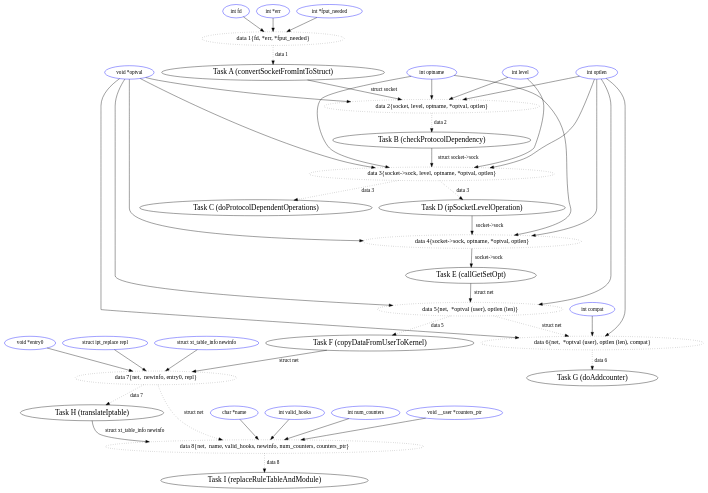
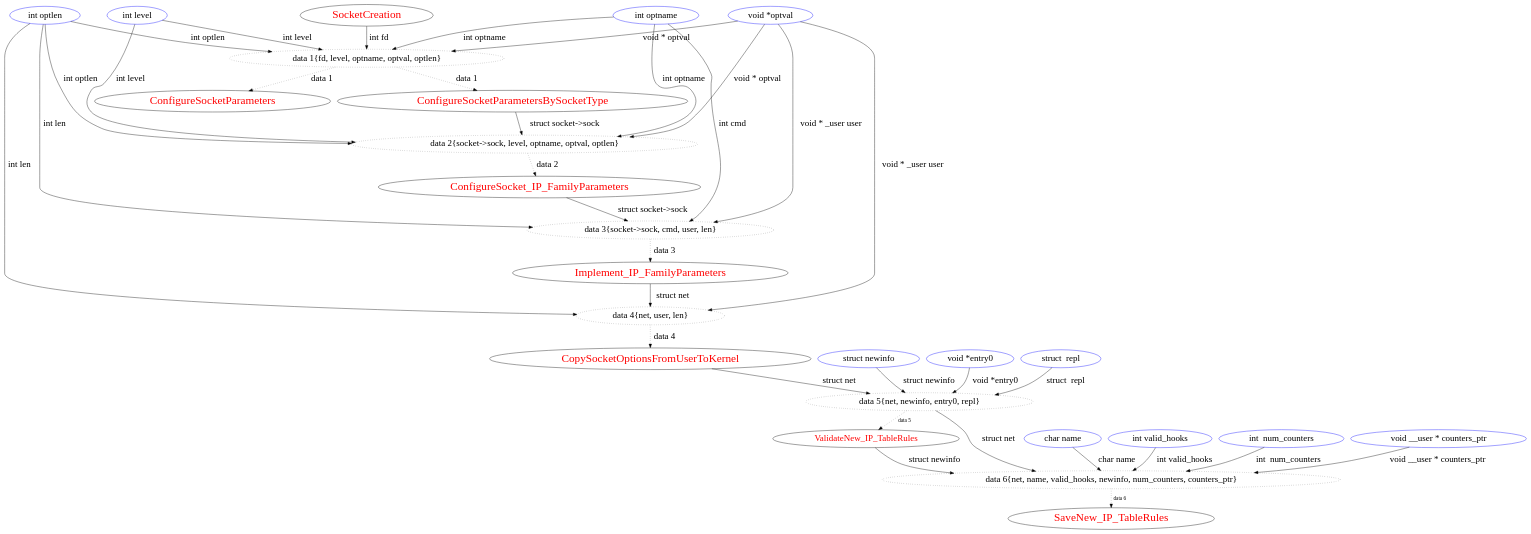
The diagram in Example2/example2.dot (Samuel-Oglegba/Research-Examples), drawn with Graphviz before and after one commit.

Commit message:
update on exapme2

```diff
--- a/Example2/example2.dot
+++ b/Example2/example2.dot
@@ -1,99 +1,88 @@
 digraph callgraph {
-"int fd" [color=blue, fontsize=14, width=0.5];
-"int *err" [color=blue, fontsize=14, width=0.5];
-"int *fput_needed" [color=blue, fontsize=14, width=0.5];
-"data 1{fd, *err, *fput_needed}"[style=dotted, fontsize=16, width=0.5];
-
-"int fd" -> "data 1{fd, *err, *fput_needed}";
-"int *err" -> "data 1{fd, *err, *fput_needed}";
-"int *fput_needed" -> "data 1{fd, *err, *fput_needed}";
-
-"data 1{fd, *err, *fput_needed}"->"Task A (convertSocketFromIntToStruct)"  [label="data 1", style=dotted];
+    
+"SocketCreation" [fontcolor=red,fontsize=30, width=0.5];
+"ConfigureSocketParameters" [fontcolor=red, fontsize=30, width=0.5];
+"ConfigureSocketParametersBySocketType" [fontcolor=red,fontsize=30, width=0.5];
+"ConfigureSocket_IP_FamilyParameters" [fontcolor=red, fontsize=30, width=0.5];
+"Implement_IP_FamilyParameters" [fontcolor=red, fontsize=30, width=0.5];
+"CopySocketOptionsFromUserToKernel" [fontcolor=red, fontsize=30, width=0.5];
+"ValidateNew_IP_TableRules" [fontcolor=red, fontsize=24, width=0.5];
+"SaveNew_IP_TableRules" [fontcolor=red, fontsize=30, width=0.5];
 
 
-"int level" [color=blue, fontsize=14, width=0.5];
-"int optname" [color=blue, fontsize=14, width=0.5];
-"void *optval" [color=blue, fontsize=14, width=0.5];
-"int optlen" [color=blue, fontsize=14, width=0.5];
-"data 2{socket, level, optname, *optval, optlen}" [style=dotted, fontsize=16, width=0.5];
-
-"Task A (convertSocketFromIntToStruct)" [fontsize=20, width=0.5];
-"Task A (convertSocketFromIntToStruct)" -> "data 2{socket, level, optname, *optval, optlen}"  [label="struct socket"];
-"int level" -> "data 2{socket, level, optname, *optval, optlen}";
-"int optname" -> "data 2{socket, level, optname, *optval, optlen}";
-"void *optval" -> "data 2{socket, level, optname, *optval, optlen}";
-"int optlen" -> "data 2{socket, level, optname, *optval, optlen}";
-
-"Task B (checkProtocolDependency)"  [fontsize=20, width=0.5];
-"data 2{socket, level, optname, *optval, optlen}" -> "Task B (checkProtocolDependency)"  [label="data 2", style=dotted];
+"int level" [color=blue, fontsize=24, width=0.5];
+"int optname" [color=blue, fontsize=24, width=0.5];
+"void *optval" [color=blue, fontsize=24, width=0.5];
+"int optlen" [color=blue, fontsize=24, width=0.5];
+"data 1{fd, level, optname, optval, optlen}"[style=dotted, fontsize=24, width=0.5];
 
 
-"Task C (doProtocolDependentOperations)" [fontsize=20, width=0.5];
-"data 3{socket->sock, level, optname, *optval, optlen}" [style=dotted, fontsize=16, width=0.5];
-"Task B (checkProtocolDependency)" -> "data 3{socket->sock, level, optname, *optval, optlen}"  [label="struct socket->sock"];
-"int level" -> "data 3{socket->sock, level, optname, *optval, optlen}";
-"int optname" -> "data 3{socket->sock, level, optname, *optval, optlen}";
-"void *optval" -> "data 3{socket->sock, level, optname, *optval, optlen}";
-"int optlen" -> "data 3{socket->sock, level, optname, *optval, optlen}";
-"data 3{socket->sock, level, optname, *optval, optlen}" -> "Task C (doProtocolDependentOperations)" [label="data 3", style=dotted];
+"SocketCreation" -> "data 1{fd, level, optname, optval, optlen}"  [label="int fd", fontsize=24];
+"int level" -> "data 1{fd, level, optname, optval, optlen}" [label="int level", fontsize=24];
+"int optname" -> "data 1{fd, level, optname, optval, optlen}" [label="int optname", fontsize=24];
+"void *optval" -> "data 1{fd, level, optname, optval, optlen}" [label="void * optval", fontsize=24];
+"int optlen" -> "data 1{fd, level, optname, optval, optlen}" [label="int optlen", fontsize=24];
 
-"Task D (ipSocketLevelOperation)" [fontsize=20, width=0.5];
-"data 3{socket->sock, level, optname, *optval, optlen}" -> "Task D (ipSocketLevelOperation)" [label="data 3", style=dotted];
+"data 1{fd, level, optname, optval, optlen}"->"ConfigureSocketParameters"  [label="data 1", style=dotted, fontsize=24];
+"data 1{fd, level, optname, optval, optlen}"->"ConfigureSocketParametersBySocketType"  [label="data 1", style=dotted, fontsize=24];
 
 
-"Task E (callGetSetOpt)" [fontsize=20, width=0.5];
-"data 4{socket->sock, optname, *optval, optlen}" [style=dotted, fontsize=16, width=0.5];
-"Task D (ipSocketLevelOperation)" -> "data 4{socket->sock, optname, *optval, optlen}" [label="socket->sock"];
-"int optname" -> "data 4{socket->sock, optname, *optval, optlen}";
-"void *optval" -> "data 4{socket->sock, optname, *optval, optlen}";
-"int optlen" -> "data 4{socket->sock, optname, *optval, optlen}";
-"data 4{socket->sock, optname, *optval, optlen}" -> "Task E (callGetSetOpt)" [label="socket->sock"];
+"data 2{socket->sock, level, optname, optval, optlen}"[style=dotted, fontsize=24, width=0.5];
+"ConfigureSocketParametersBySocketType" -> "data 2{socket->sock, level, optname, optval, optlen}" [label="struct socket->sock", fontsize=24];
+"int level" -> "data 2{socket->sock, level, optname, optval, optlen}" [label="int level", fontsize=24];
+"int optname" -> "data 2{socket->sock, level, optname, optval, optlen}" [label="int optname", fontsize=24];
+"void *optval" -> "data 2{socket->sock, level, optname, optval, optlen}" [label="void * optval", fontsize=24];
+"int optlen" -> "data 2{socket->sock, level, optname, optval, optlen}" [label="int optlen", fontsize=24];
 
 
-"Task F (copyDataFromUserToKernel)" [fontsize=20, width=0.5];
-"data 5{net,  *optval (user), optlen (len)}" [style=dotted, fontsize=16, width=0.5];
-"Task E (callGetSetOpt)" -> "data 5{net,  *optval (user), optlen (len)}"  [label="struct net"];
-"void *optval" -> "data 5{net,  *optval (user), optlen (len)}"
-"int optlen" -> "data 5{net,  *optval (user), optlen (len)}"
-"data 5{net,  *optval (user), optlen (len)}"-> "Task F (copyDataFromUserToKernel)" [label="data 5", style=dotted];
+"data 2{socket->sock, level, optname, optval, optlen}"->"ConfigureSocket_IP_FamilyParameters"  [label="data 2", style=dotted, fontsize=24];
 
 
-"data 6{net,  *optval (user), optlen (len), compat}" [style=dotted, fontsize=16, width=0.5];
-"int compat"[color=blue, fontsize=14, width=0.5];
-"int compat" -> "data 6{net,  *optval (user), optlen (len), compat}";
-"void *optval" -> "data 6{net,  *optval (user), optlen (len), compat}";
-"int optlen" -> "data 6{net,  *optval (user), optlen (len), compat}";
-"data 5{net,  *optval (user), optlen (len)}" -> "data 6{net,  *optval (user), optlen (len), compat}" [label="struct net", style=dotted];
+"data 3{socket->sock, cmd, user, len}"[style=dotted, fontsize=24, width=0.5];
+"ConfigureSocket_IP_FamilyParameters" -> "data 3{socket->sock, cmd, user, len}" [label="struct socket->sock", fontsize=24];
+"int optname" -> "data 3{socket->sock, cmd, user, len}" [label="int cmd", fontsize=24];
+"void *optval" -> "data 3{socket->sock, cmd, user, len}" [label="void * _user user", fontsize=24];
+"int optlen" -> "data 3{socket->sock, cmd, user, len}" [label="int len", fontsize=24];
 
-"Task G (doAddcounter)" [fontsize=20, width=0.5];
-"data 6{net,  *optval (user), optlen (len), compat}" -> "Task G (doAddcounter)" [label="data 6",style=dotted];
 
-"data 7{net,  newinfo, entry0, repl}"[style=dotted, fontsize=16, width=0.5];
-"struct xt_table_info newinfo" [color=blue, fontsize=14, width=0.5];
-"void *entry0" [color=blue, fontsize=14, width=0.5];
-"struct ipt_replace repl" [color=blue, fontsize=14, width=0.5];
-"Task F (copyDataFromUserToKernel)" -> "data 7{net,  newinfo, entry0, repl}" [label="struct net"];
-"struct xt_table_info newinfo" -> "data 7{net,  newinfo, entry0, repl}" 
-"void *entry0" -> "data 7{net,  newinfo, entry0, repl}" 
-"struct ipt_replace repl" -> "data 7{net,  newinfo, entry0, repl}" 
+"data 3{socket->sock, cmd, user, len}" -> "Implement_IP_FamilyParameters" [label="data 3", style=dotted, fontsize=24];
 
-"Task H (translateIptable)" [fontsize=20, width=0.5];
-"data 7{net,  newinfo, entry0, repl}" -> "Task H (translateIptable)" [label="data 7", style=dotted];
+"data 4{net, user, len}"[style=dotted, fontsize=24, width=0.5];
+"Implement_IP_FamilyParameters" -> "data 4{net, user, len}" [label="struct net", fontsize=24];
+"void *optval" -> "data 4{net, user, len}" [label="void * _user user", fontsize=24];
+"int optlen" -> "data 4{net, user, len}" [label="int len", fontsize=24];
 
-"data 8{net,  name, valid_hooks, newinfo, num_counters, counters_ptr}" [style=dotted, fontsize=16, width=0.5];
-"char *name" [color=blue, fontsize=14, width=0.5];
-"int valid_hooks" [color=blue, fontsize=14, width=0.5];
-"int num_counters" [color=blue, fontsize=14, width=0.5];
-"void __user *counters_ptr" [color=blue, fontsize=14, width=0.5];
+"data 4{net, user, len}" -> "CopySocketOptionsFromUserToKernel" [label="data 4", style=dotted, fontsize=24];
 
-"data 8{net,  name, valid_hooks, newinfo, num_counters, counters_ptr}" [style=dotted, fontsize=16, width=0.5];
-"Task H (translateIptable)" -> "data 8{net,  name, valid_hooks, newinfo, num_counters, counters_ptr}"  [label="struct xt_table_info newinfo"];
-"char *name" -> "data 8{net,  name, valid_hooks, newinfo, num_counters, counters_ptr}" ;
-"int valid_hooks"-> "data 8{net,  name, valid_hooks, newinfo, num_counters, counters_ptr}" ;
-"int num_counters" -> "data 8{net,  name, valid_hooks, newinfo, num_counters, counters_ptr}";
-"void __user *counters_ptr" -> "data 8{net,  name, valid_hooks, newinfo, num_counters, counters_ptr}";
-"data 7{net,  newinfo, entry0, repl}"  -> "data 8{net,  name, valid_hooks, newinfo, num_counters, counters_ptr}" [label="struct net", style=dotted];
 
-"Task I (replaceRuleTableAndModule)" [fontsize=20, width=0.5];
-"data 8{net,  name, valid_hooks, newinfo, num_counters, counters_ptr}" -> "Task I (replaceRuleTableAndModule)" [label="data 8",style=dotted];
+"struct newinfo" [color=blue, fontsize=24, width=0.5];
+"void *entry0" [color=blue, fontsize=24, width=0.5];
+"struct  repl" [color=blue, fontsize=24, width=0.5];
+"data 5{net, newinfo, entry0, repl}"[style=dotted, fontsize=24, width=0.5];
+
+"CopySocketOptionsFromUserToKernel"->"data 5{net, newinfo, entry0, repl}" [label="struct net", fontsize=24];
+"struct newinfo"->"data 5{net, newinfo, entry0, repl}" [label="struct newinfo", fontsize=24];
+"void *entry0"->"data 5{net, newinfo, entry0, repl}" [label="void *entry0", fontsize=24];
+"struct  repl"->"data 5{net, newinfo, entry0, repl}" [label="struct  repl", fontsize=24];
+
+"data 5{net, newinfo, entry0, repl}" -> "ValidateNew_IP_TableRules" [label="data 5", style=dotted];
+
+"char name" [color=blue, fontsize=24, width=0.5];
+"int valid_hooks" [color=blue, fontsize=24, width=0.5];
+"int  num_counters" [color=blue, fontsize=24, width=0.5];
+"void __user * counters_ptr" [color=blue, fontsize=24, width=0.5];
+"data 6{net, name, valid_hooks, newinfo, num_counters, counters_ptr}"[style=dotted, fontsize=24, width=0.5];
+
+"ValidateNew_IP_TableRules"->"data 6{net, name, valid_hooks, newinfo, num_counters, counters_ptr}" [label="struct newinfo", fontsize=24];
+"char name" -> "data 6{net, name, valid_hooks, newinfo, num_counters, counters_ptr}" [label="char name", fontsize=24];
+"int valid_hooks" -> "data 6{net, name, valid_hooks, newinfo, num_counters, counters_ptr}" [label="int valid_hooks", fontsize=24];
+"int  num_counters" -> "data 6{net, name, valid_hooks, newinfo, num_counters, counters_ptr}" [label="int  num_counters", fontsize=24];
+"void __user * counters_ptr" -> "data 6{net, name, valid_hooks, newinfo, num_counters, counters_ptr}" [label="void __user * counters_ptr", fontsize=24];
+"data 5{net, newinfo, entry0, repl}" -> "data 6{net, name, valid_hooks, newinfo, num_counters, counters_ptr}" [label="struct net", fontsize=24];
+
+"data 6{net, name, valid_hooks, newinfo, num_counters, counters_ptr}"->"SaveNew_IP_TableRules" [label="data 6", style=dotted];
+
+
+
+
 }
```
